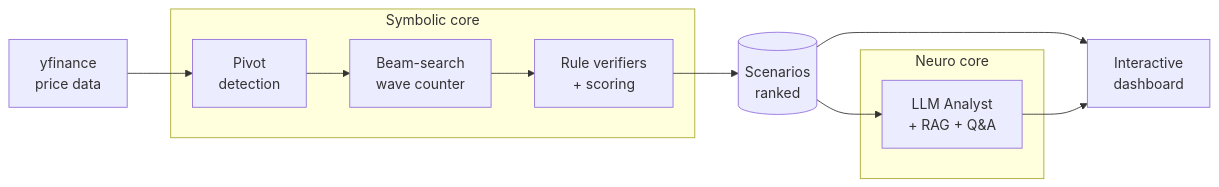
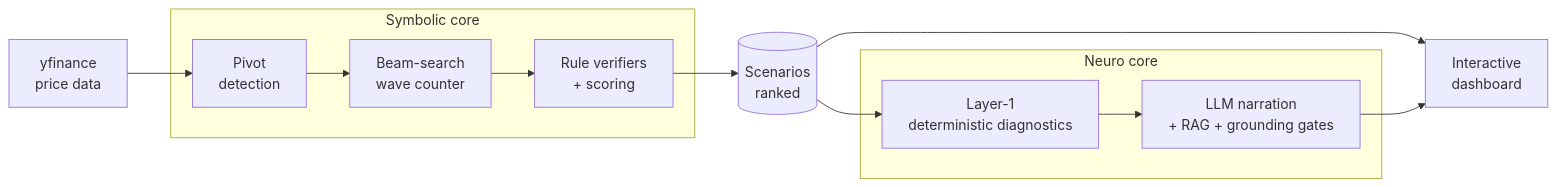
The diagram in README.md (nkieu-config/elliott-wave-engine), drawn with Mermaid before and after one commit. The commit also changed other lines of this file and 1 other file, not shown here.

````diff
--- a/README.md
+++ b/README.md
@@ -89,19 +67,21 @@
 ```mermaid
 flowchart LR
     A[yfinance<br/>price data] --> B[Pivot<br/>detection]
     B --> C[Beam-search<br/>wave counter]
     C --> D[Rule verifiers<br/>+ scoring]
     D --> E[(Scenarios<br/>ranked)]
-    E --> F[LLM Analyst<br/>+ RAG + Q&A]
+    E --> L1[Layer-1<br/>deterministic diagnostics]
+    L1 --> F[LLM narration<br/>+ RAG + grounding gates]
     E --> G[Interactive<br/>dashboard]
     F --> G
 
     subgraph Symbolic core
         B
         C
         D
     end
     subgraph Neuro core
+        L1
         F
     end
 ```
````
